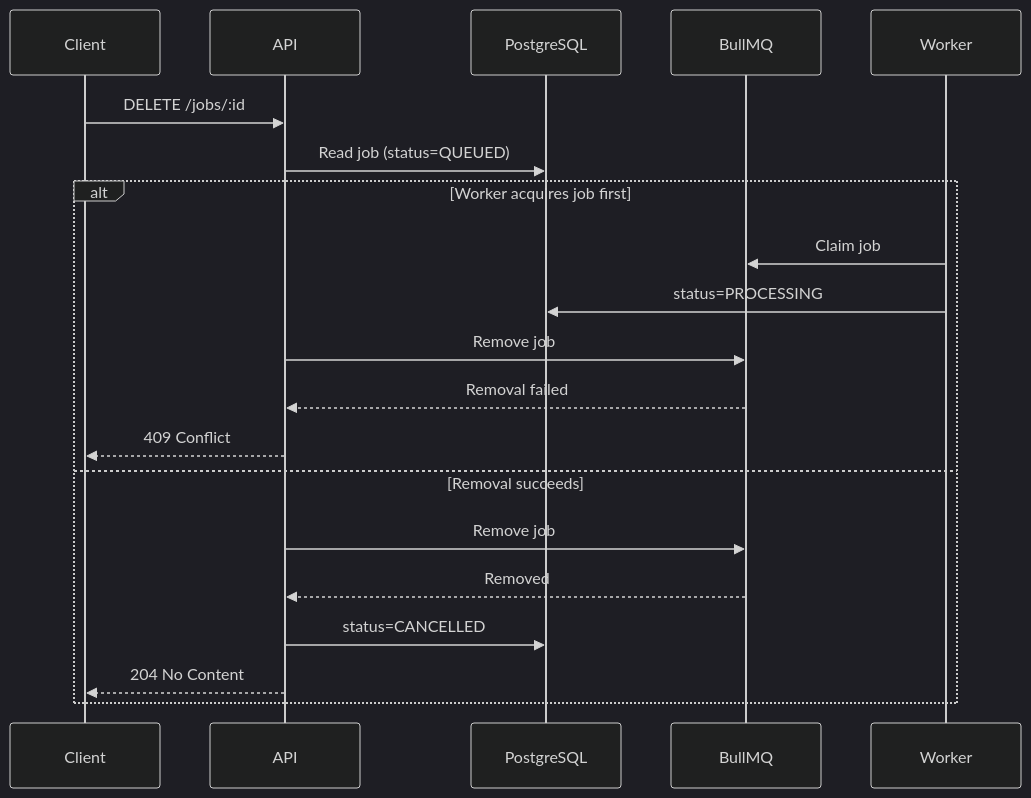
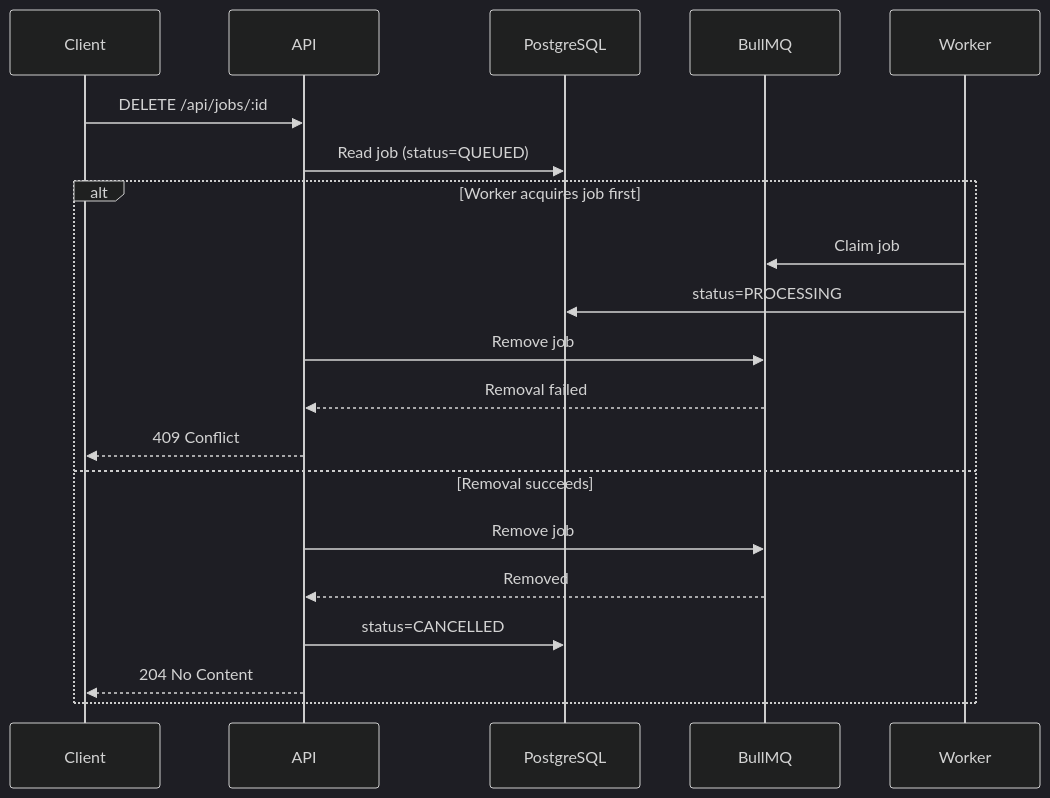
One commit to poonammohata/async-job-processing-platform changed the fourth of 7 diagrams in docs/DESIGN.md. Above: the diagram before and after it, drawn with Mermaid (dark theme). The commit also changed other lines of this file and 5 other files, not shown here.

````diff
--- a/docs/DESIGN.md
+++ b/docs/DESIGN.md
@@ -459,23 +462,23 @@
 ```mermaid
 sequenceDiagram
     participant Client
     participant API
     participant PG as PostgreSQL
     participant BQ as BullMQ
     participant Worker
 
-    Client->>API: DELETE /jobs/:id
+    Client->>API: DELETE /api/jobs/:id
     API->>PG: Read job (status=QUEUED)
     alt Worker acquires job first
         Worker->>BQ: Claim job
         Worker->>PG: status=PROCESSING
         API->>BQ: Remove job
         BQ-->>API: Removal failed
         API-->>Client: 409 Conflict
     else Removal succeeds
         API->>BQ: Remove job
         BQ-->>API: Removed
         API->>PG: status=CANCELLED
         API-->>Client: 204 No Content
     end
 ```
````
